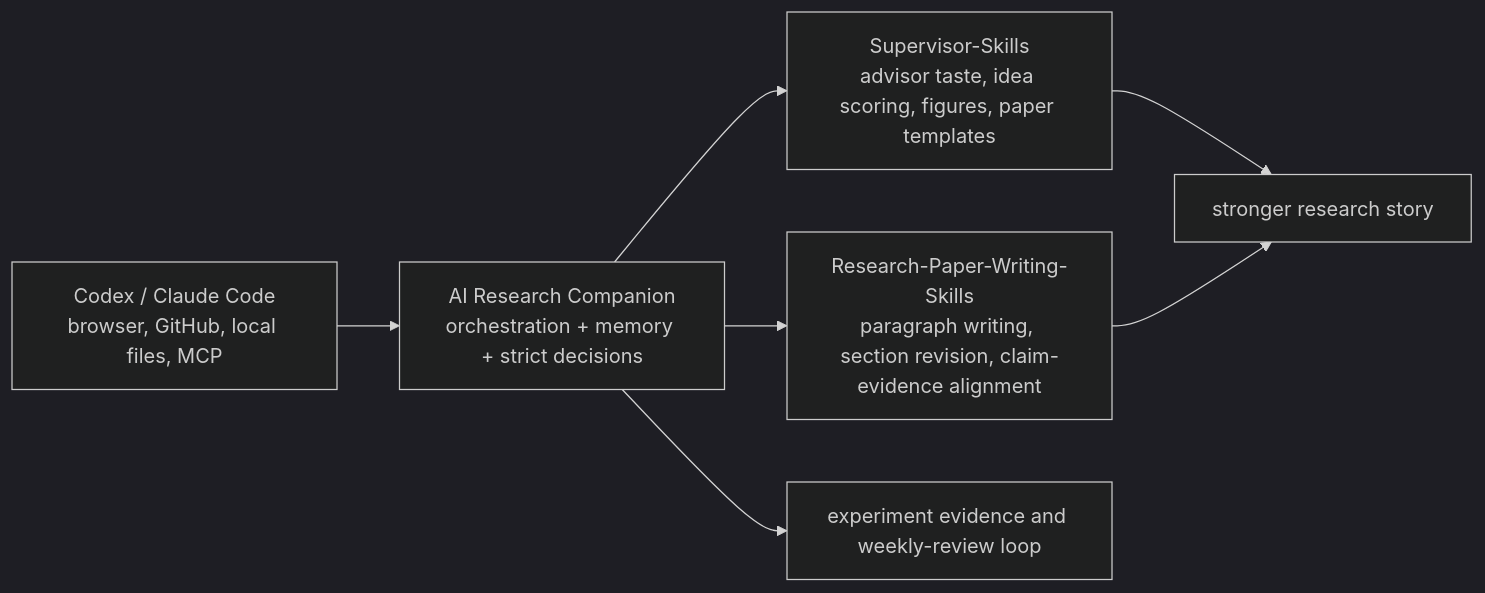
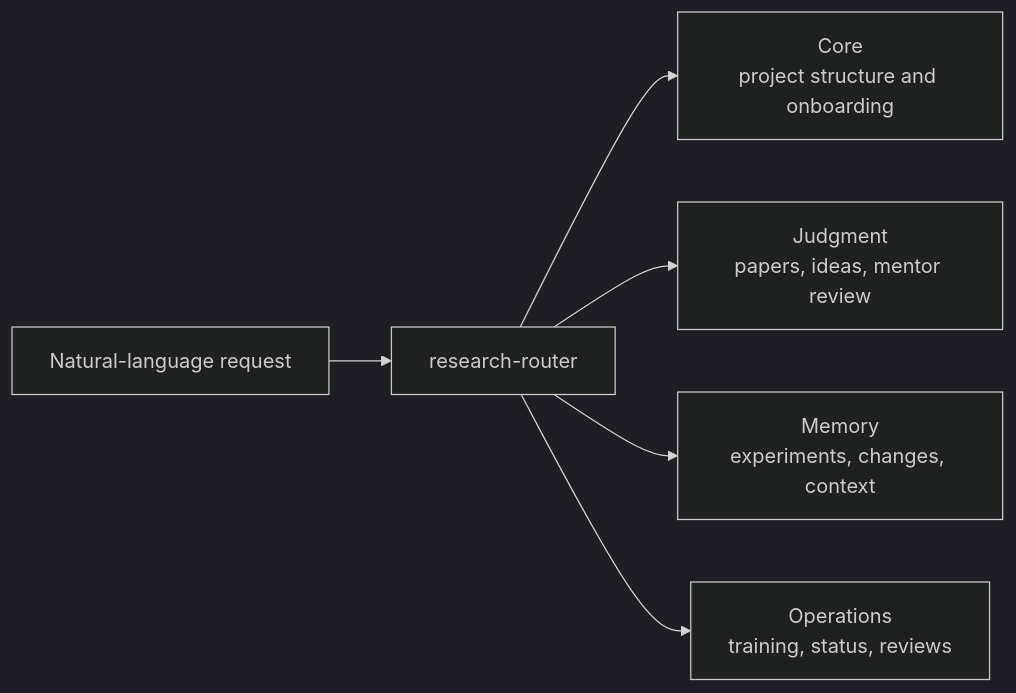
Before and after one commit to zengleilei123/ai-research-companion-codex-plugin: the diagram in README.en.md, drawn with Mermaid (dark theme). The commit also changed other lines of this file and 4 other files, not shown here.

````diff
--- a/README.en.md
+++ b/README.en.md
@@ -59,9 +48,8 @@
 ```mermaid
 flowchart LR
-    Host["Codex / Claude Code<br/>browser, GitHub, local files, MCP"] --> ARC["AI Research Companion<br/>orchestration + memory + strict decisions"]
-    ARC --> SS["Supervisor-Skills<br/>advisor taste, idea scoring, figures, paper templates"]
-    ARC --> RPW["Research-Paper-Writing-Skills<br/>paragraph writing, section revision, claim-evidence alignment"]
-    SS --> Paper["stronger research story"]
-    RPW --> Paper
-    ARC --> Evidence["experiment evidence and weekly-review loop"]
+    U["Natural-language request"] --> R["research-router"]
+    R --> C["Core<br/>project structure and onboarding"]
+    R --> J["Judgment<br/>papers, ideas, mentor review"]
+    R --> M["Memory<br/>experiments, changes, context"]
+    R --> O["Operations<br/>training, status, reviews"]
 ```
````
